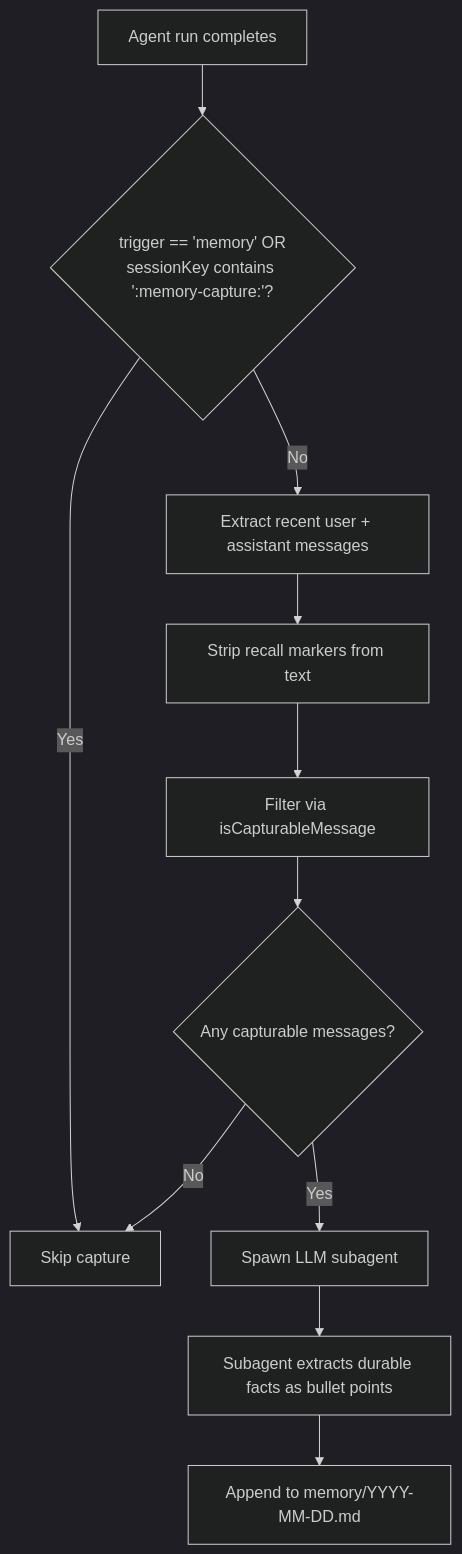
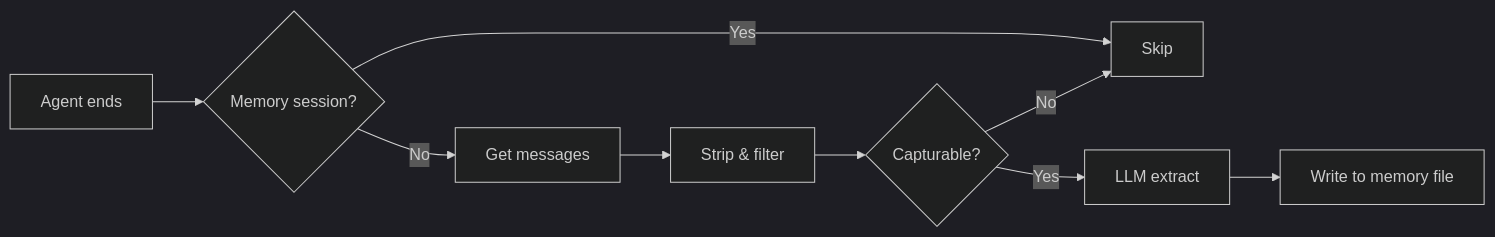
One commit to aloong-planet/openclaw-memory-core-plus changed the second of 2 diagrams in README.md. Above: the diagram before and after it, drawn with Mermaid (dark theme). The commit also changed other lines of this file and 1 other file, not shown here.

First line of the commit message:
docs: compact mermaid diagrams with LR layout and shorter labels

````diff
--- a/README.md
+++ b/README.md
@@ -103,13 +101,11 @@
 ```mermaid
-flowchart TD
-    A[Agent run completes] --> B{"trigger == 'memory' OR\nsessionKey contains ':memory-capture:'?"}
-    B -- Yes --> C[Skip capture]
-    B -- No --> D[Extract recent user + assistant messages]
-    D --> E[Strip recall markers from text]
-    E --> F[Filter via isCapturableMessage]
-    F --> G{Any capturable messages?}
-    G -- No --> C
-    G -- Yes --> H[Spawn LLM subagent]
-    H --> I[Subagent extracts durable facts as bullet points]
-    I --> J["Append to memory/YYYY-MM-DD.md"]
+flowchart LR
+    A[Agent ends] --> B{Memory session?}
+    B -- Yes --> X[Skip]
+    B -- No --> C[Get messages]
+    C --> D[Strip & filter]
+    D --> E{Capturable?}
+    E -- No --> X
+    E -- Yes --> F[LLM extract]
+    F --> G[Write to memory file]
 ```
````
